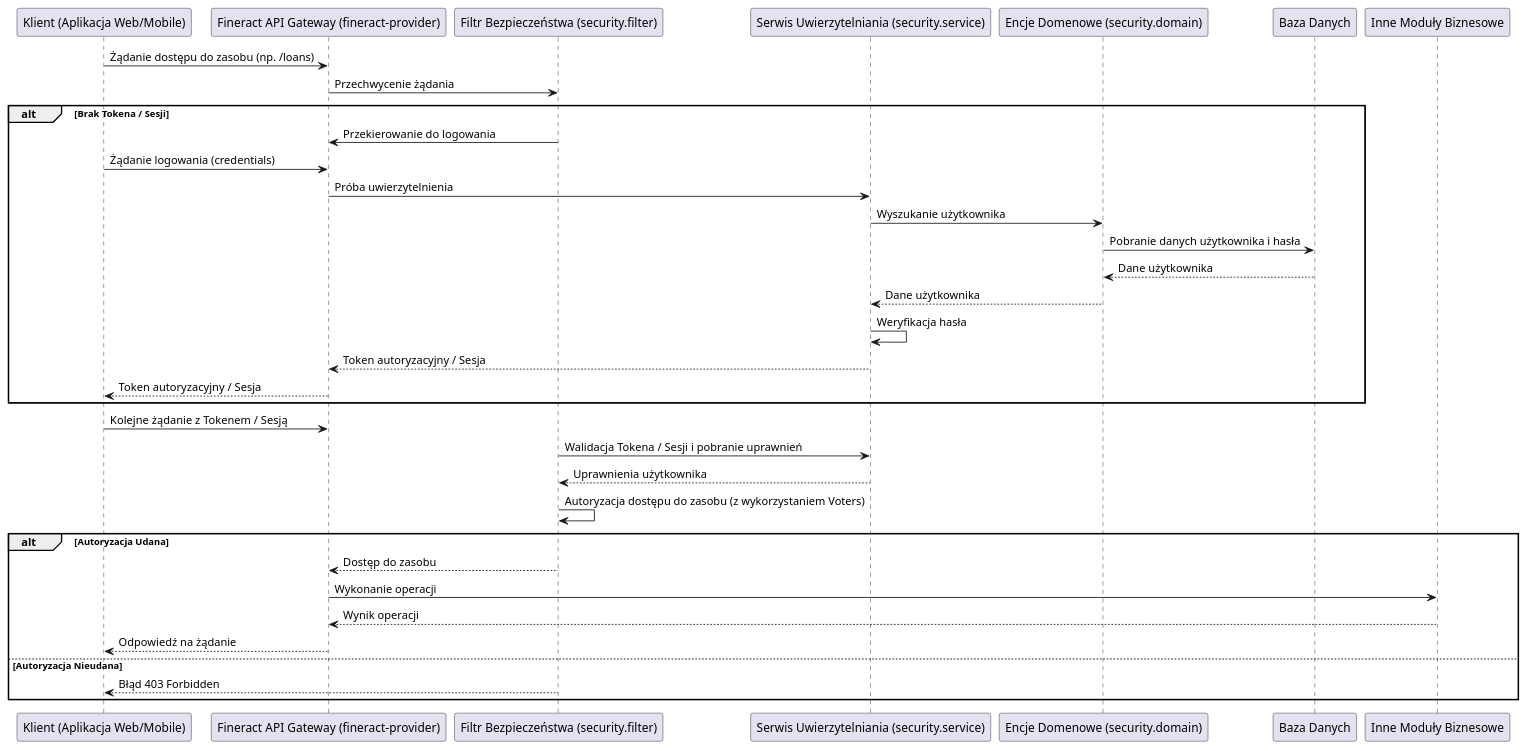
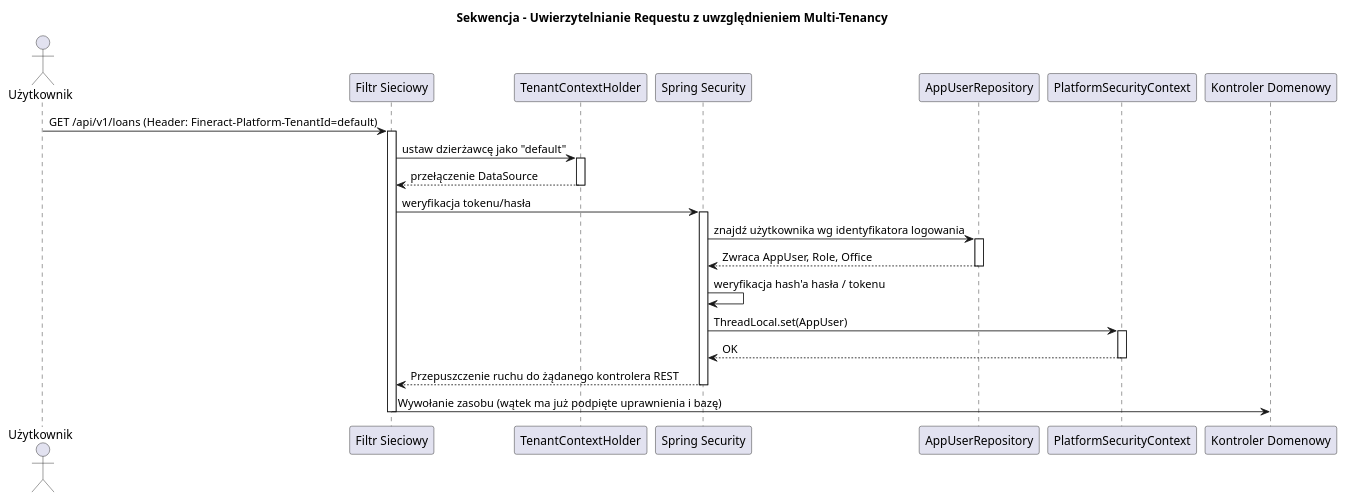
Before and after one commit to mrkwjck/fineract: the second of 2 diagrams in docs/fineract-security.md, drawn with PlantUML. The commit also changed other lines of this file and 36 other files, not shown here.

````diff
--- a/docs/fineract-security.md
+++ b/docs/fineract-security.md
@@ -26,37 +51,38 @@
 ```plantuml
 @startuml
-participant "Klient (Aplikacja Web/Mobile)" as Client
-participant "Fineract API Gateway (fineract-provider)" as ApiGateway
-participant "Filtr Bezpieczeństwa (security.filter)" as SecurityFilter
-participant "Serwis Uwierzytelniania (security.service)" as AuthService
-participant "Encje Domenowe (security.domain)" as Domain
-participant "Baza Danych" as Database
+title Sekwencja - Uwierzytelnianie Requestu z uwzględnieniem Multi-Tenancy
 
-Client -> ApiGateway: Żądanie dostępu do zasobu (np. /loans)
-ApiGateway -> SecurityFilter: Przechwycenie żądania
-alt Brak Tokena / Sesji
-    SecurityFilter -> ApiGateway: Przekierowanie do logowania
-    Client -> ApiGateway: Żądanie logowania (credentials)
-    ApiGateway -> AuthService: Próba uwierzytelnienia
-    AuthService -> Domain: Wyszukanie użytkownika
-    Domain -> Database: Pobranie danych użytkownika i hasła
-    Database --> Domain: Dane użytkownika
-    Domain --> AuthService: Dane użytkownika
-    AuthService -> AuthService: Weryfikacja hasła
-    AuthService --> ApiGateway: Token autoryzacyjny / Sesja
-    ApiGateway --> Client: Token autoryzacyjny / Sesja
-end
-Client -> ApiGateway: Kolejne żądanie z Tokenem / Sesją
-SecurityFilter -> AuthService: Walidacja Tokena / Sesji i pobranie uprawnień
-AuthService --> SecurityFilter: Uprawnienia użytkownika
-SecurityFilter -> SecurityFilter: Autoryzacja dostępu do zasobu (z wykorzystaniem Voters)
-alt Autoryzacja Udana
-    SecurityFilter --> ApiGateway: Dostęp do zasobu
-    ApiGateway -> "Inne Moduły Biznesowe" : Wykonanie operacji
-    "Inne Moduły Biznesowe" --> ApiGateway: Wynik operacji
-    ApiGateway --> Client: Odpowiedź na żądanie
-else Autoryzacja Nieudana
-    SecurityFilter --> Client: Błąd 403 Forbidden
-end
+actor Użytkownik as user
+participant "Filtr Sieciowy" as filter
+participant "TenantContextHolder" as tenant_ctx
+participant "Spring Security" as sec
+participant "AppUserRepository" as repo
+participant "PlatformSecurityContext" as app_ctx
+
+user -> filter: GET /api/v1/loans (Header: Fineract-Platform-TenantId=default)
+activate filter
+filter -> tenant_ctx: ustaw dzierżawcę jako "default"
+activate tenant_ctx
+tenant_ctx --> filter: przełączenie DataSource
+deactivate tenant_ctx
+
+filter -> sec: weryfikacja tokenu/hasła
+activate sec
+sec -> repo: znajdź użytkownika wg identyfikatora logowania
+activate repo
+repo --> sec: Zwraca AppUser, Role, Office
+deactivate repo
+
+sec -> sec: weryfikacja hash'a hasła / tokenu
+sec -> app_ctx: ThreadLocal.set(AppUser)
+activate app_ctx
+app_ctx --> sec: OK
+deactivate app_ctx
+
+sec --> filter: Przepuszczenie ruchu do żądanego kontrolera REST
+deactivate sec
+
+filter -> "Kontroler Domenowy": Wywołanie zasobu (wątek ma już podpięte uprawnienia i bazę)
+deactivate filter
 @enduml
 ```
````
